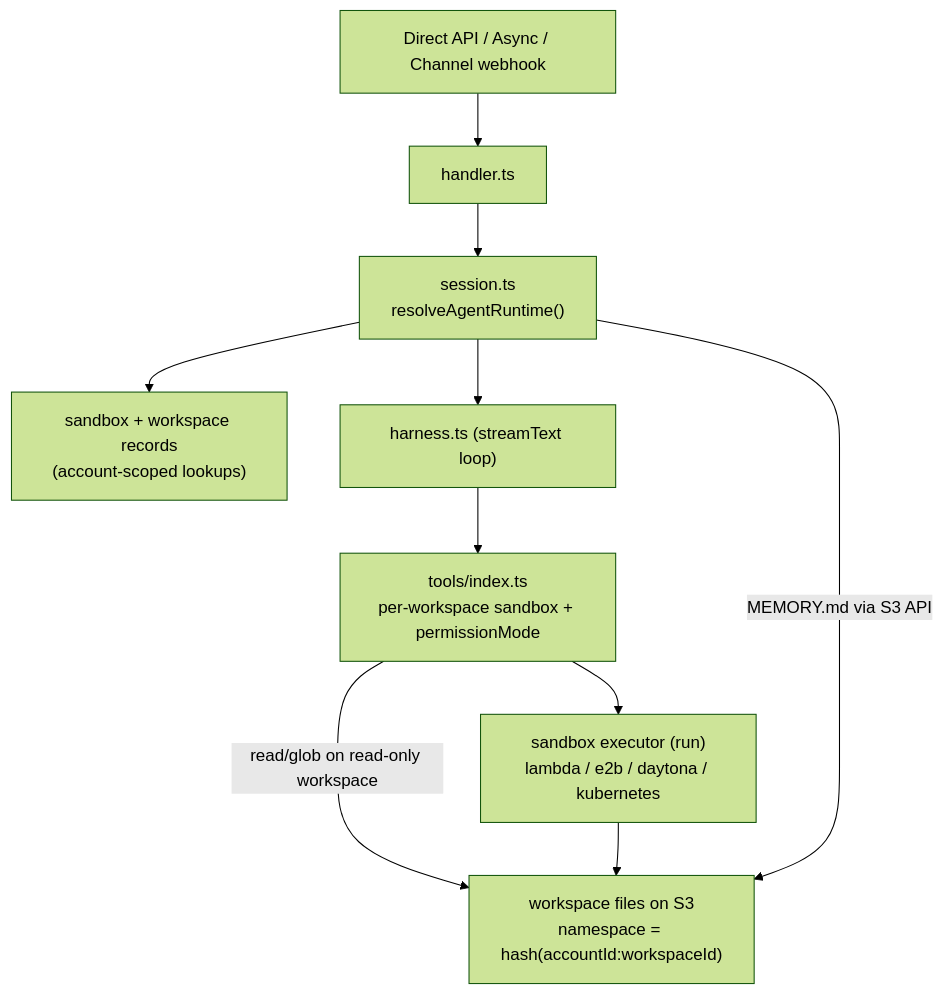
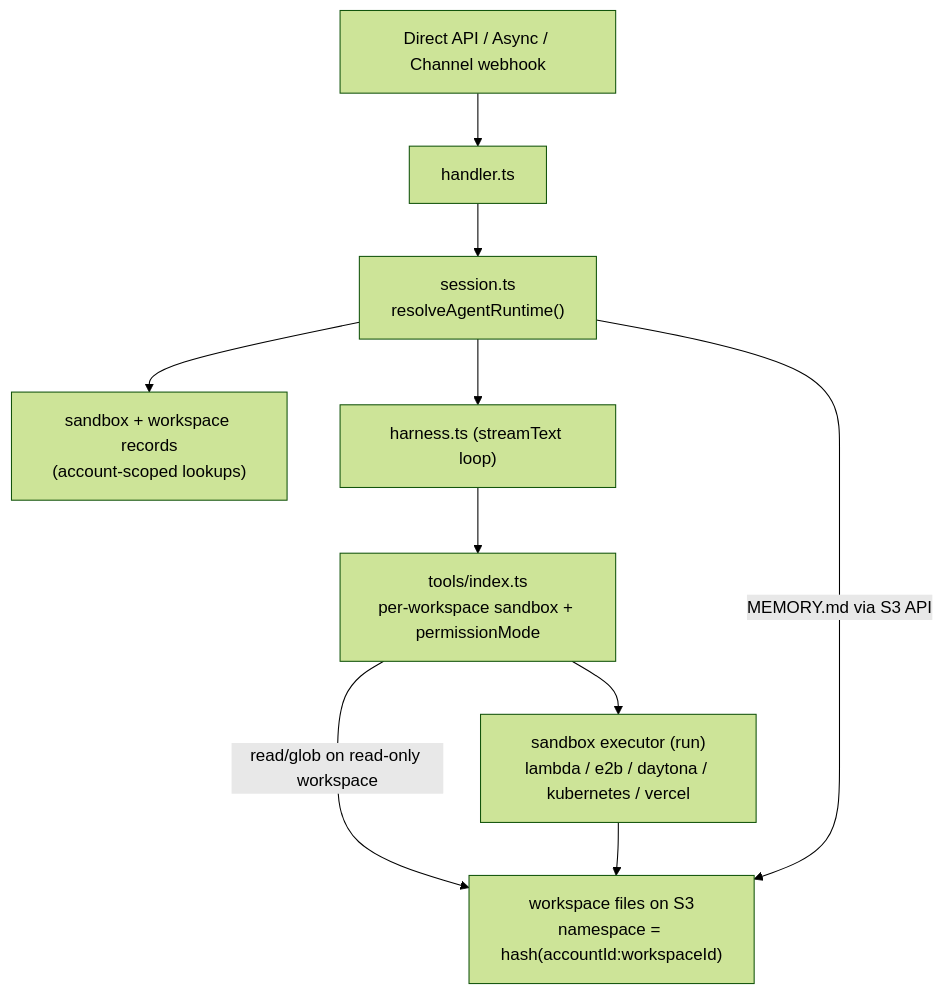
The second of 2 diagrams in docs/workspace/index.md (beeblastco/broods), drawn with Mermaid (forest theme) before and after one commit. The commit also changed other lines of this file and 69 other files, not shown here.

````diff
--- a/docs/workspace/index.md
+++ b/docs/workspace/index.md
@@ -114,12 +115,12 @@
 ```mermaid
 flowchart TD
   Request["Direct API / Async / Channel webhook"] --> Handler["handler.ts"]
   Handler --> Session["session.ts<br/>resolveAgentRuntime()"]
   Session --> Resolve["sandbox + workspace records<br/>(account-scoped lookups)"]
   Session --> Harness["harness.ts (streamText loop)"]
   Harness --> Tools["tools/index.ts<br/>per-workspace sandbox + permissionMode"]
-  Tools --> Sandbox["sandbox executor (run)<br/>lambda / e2b / daytona / kubernetes"]
+  Tools --> Sandbox["sandbox executor (run)<br/>lambda / e2b / daytona / kubernetes / vercel"]
   Tools -->|read/glob on read-only workspace| Files
   Sandbox --> Files["workspace files on S3<br/>namespace = hash(accountId:workspaceId)"]
   Session -->|MEMORY.md via S3 API| Files
 ```
````
